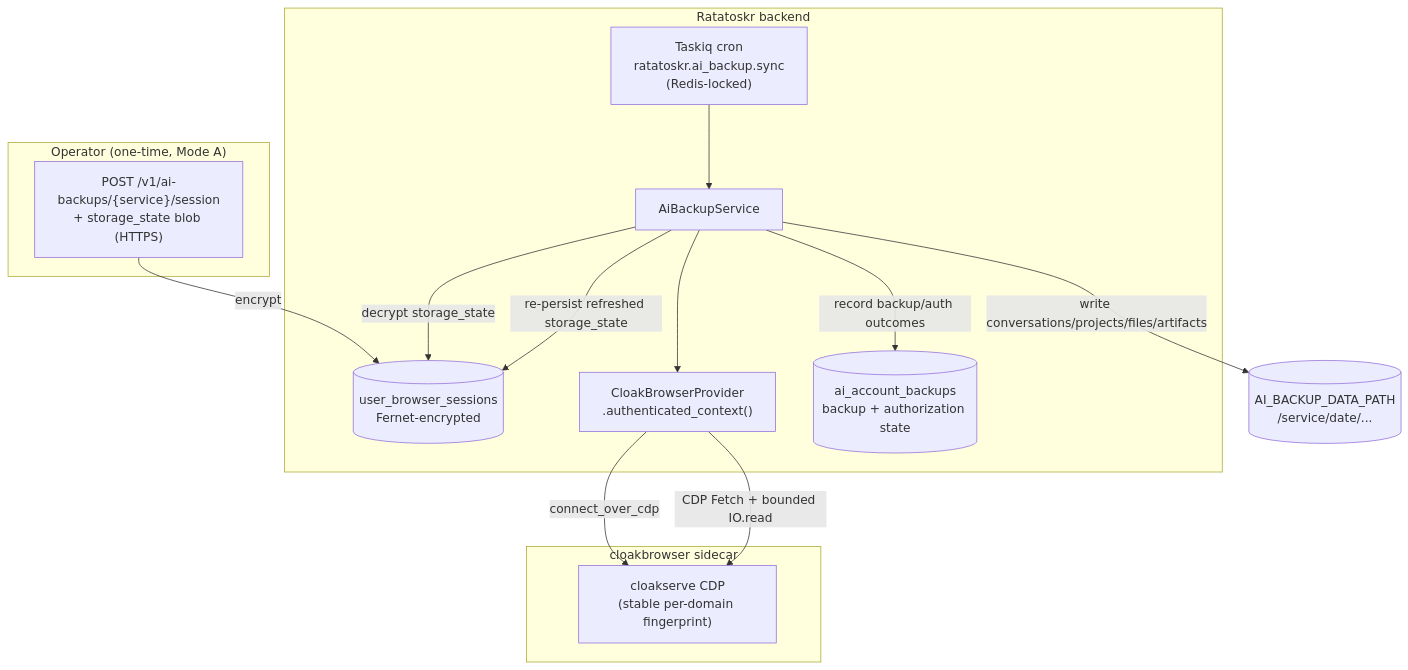
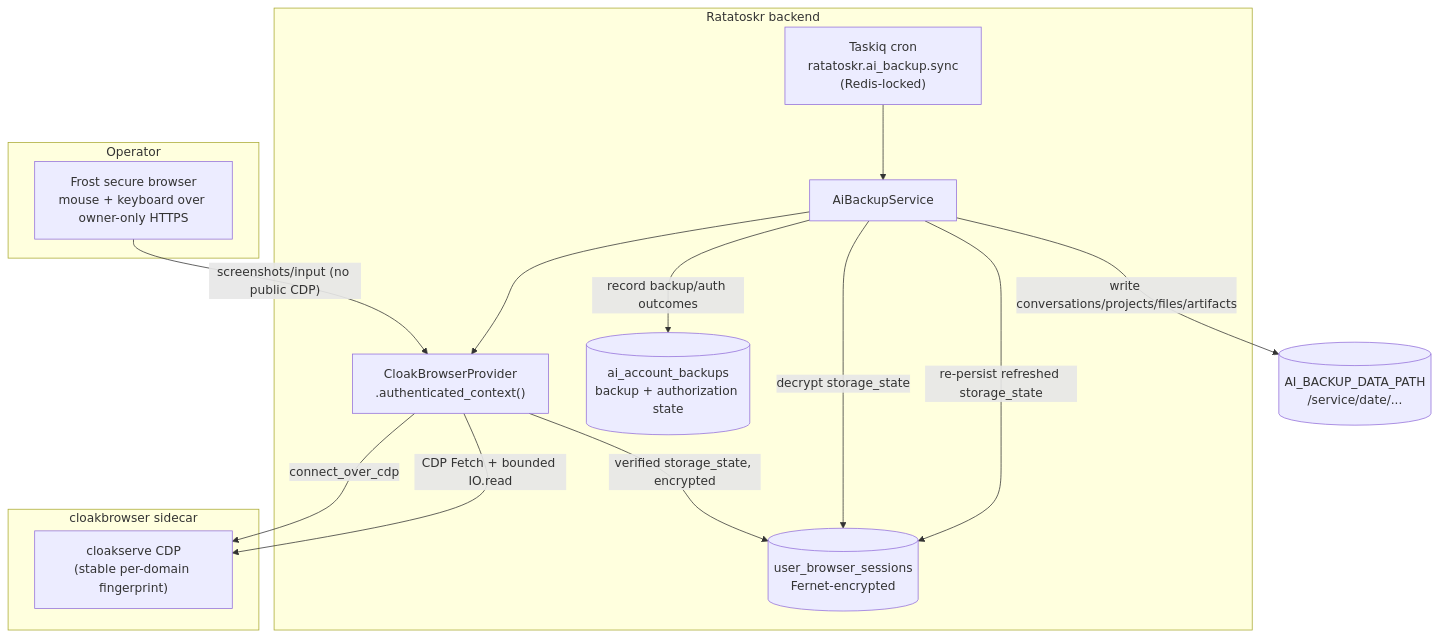
One commit to po4yka/ratatoskr changed the diagram in docs/explanation/ai-account-backup.md. Above: the diagram before and after it, drawn with Mermaid. The commit also changed other lines of this file and 9 other files, not shown here.

````diff
--- a/docs/explanation/ai-account-backup.md
+++ b/docs/explanation/ai-account-backup.md
@@ -25,27 +25,28 @@
 ```mermaid
 flowchart TB
-    subgraph Operator["Operator (one-time, Mode A)"]
-        Paste["POST /v1/ai-backups/{service}/session\n+ storage_state blob (HTTPS)"]
+    subgraph Operator["Operator"]
+        Login["Frost secure browser\nmouse + keyboard over owner-only HTTPS"]
     end
     subgraph Backend["Ratatoskr backend"]
         Store[(user_browser_sessions\nFernet-encrypted)]
         Task["Taskiq cron\nratatoskr.ai_backup.sync\n(Redis-locked)"]
         Svc[AiBackupService]
         Prov["CloakBrowserProvider\n.authenticated_context()"]
         State[(ai_account_backups\nbackup + authorization state)]
     end
     subgraph Sidecar["cloakbrowser sidecar"]
         CDP["cloakserve CDP\n(stable per-domain fingerprint)"]
     end
     Disk[(AI_BACKUP_DATA_PATH\n/service/date/...)]
 
-    Paste -- encrypt --> Store
+    Login -- "screenshots/input (no public CDP)" --> Prov
+    Prov -- "verified storage_state, encrypted" --> Store
     Task --> Svc
     Svc -- decrypt storage_state --> Store
     Svc --> Prov
     Prov -- connect_over_cdp --> CDP
     Prov -- "CDP Fetch + bounded IO.read" --> CDP
     Svc -- write conversations/projects/files/artifacts --> Disk
     Svc -- re-persist refreshed storage_state --> Store
     Svc -- record backup/auth outcomes --> State
 ```
````
